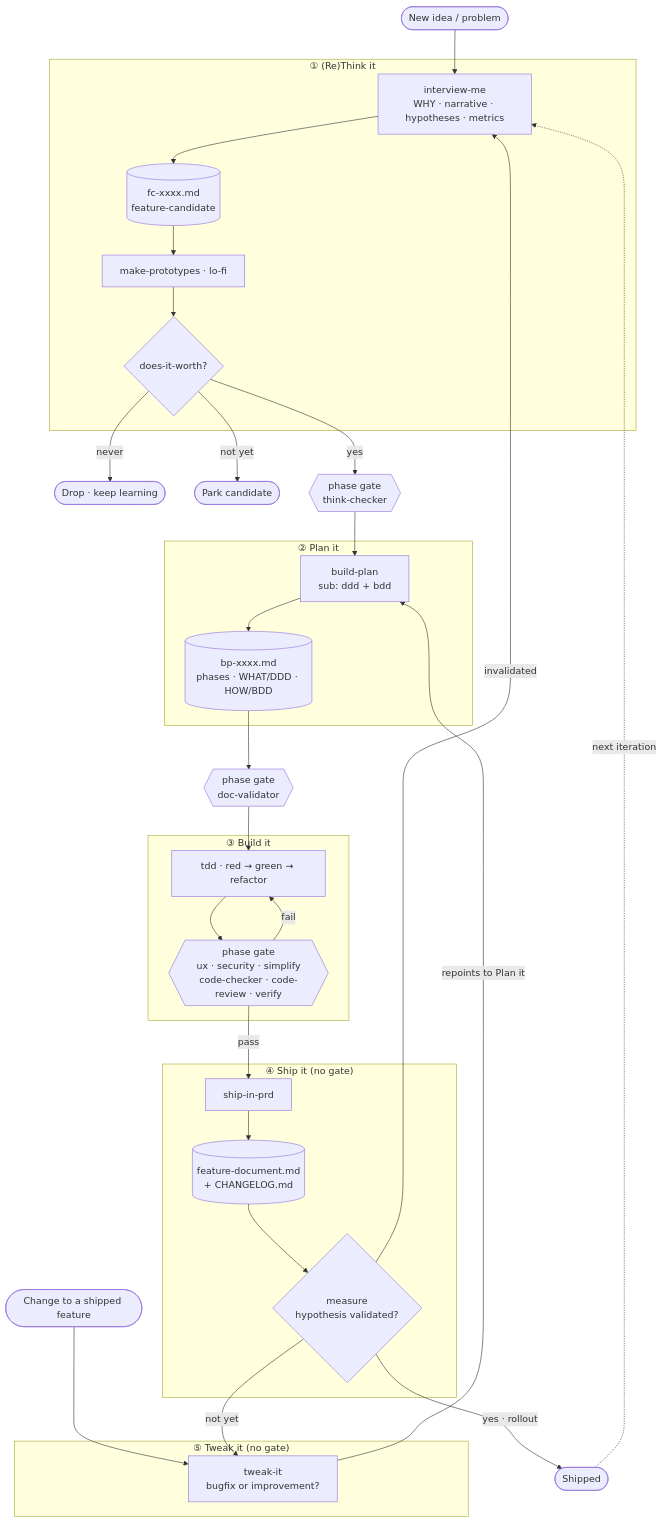
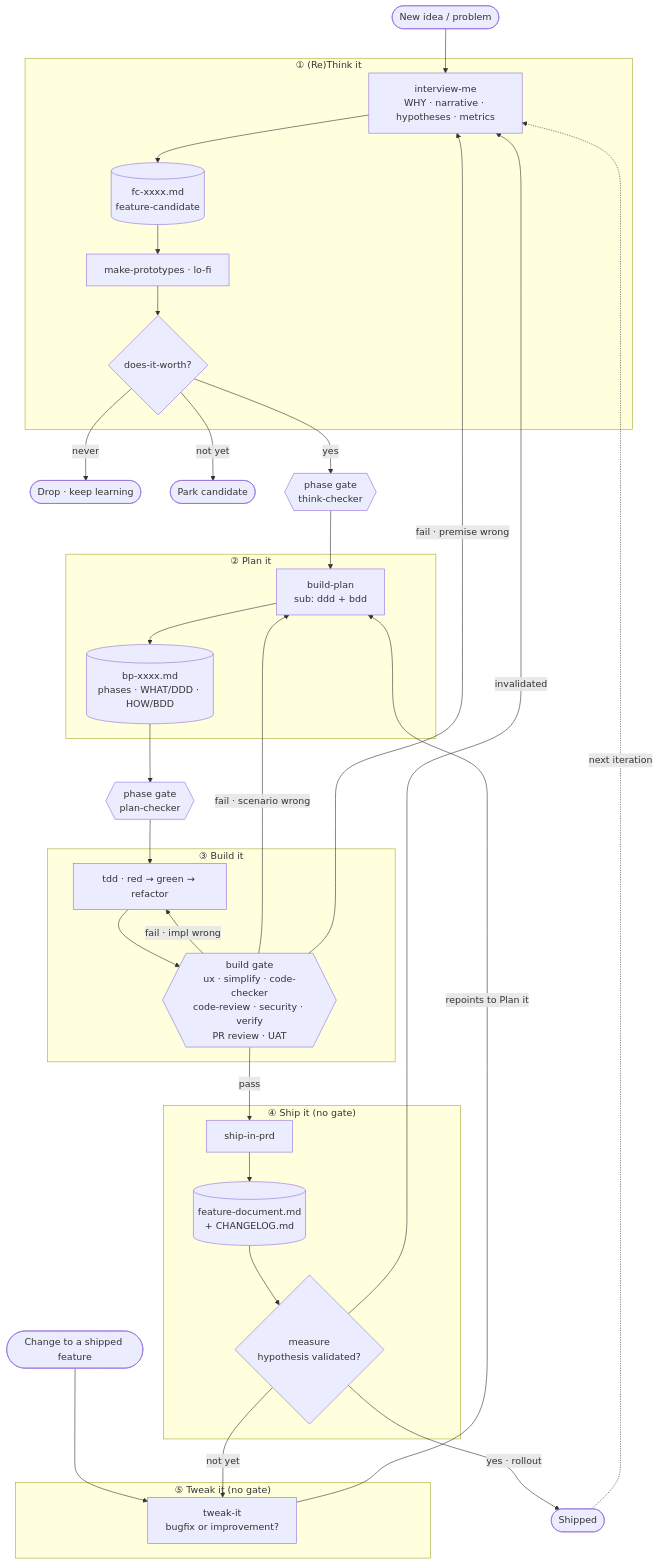
Before and after one commit to giovannibeltrame/buildloop: the diagram in _brainstorm.md, drawn with Mermaid. The commit also changed other lines of this file, not shown here.

````diff
--- a/_brainstorm.md
+++ b/_brainstorm.md
@@ -42,46 +50,48 @@
 ```mermaid
 flowchart TD
     NEW([New idea / problem]) --> IM
     CHG([Change to a shipped feature]) --> TI
 
     subgraph RT["① (Re)Think it"]
         IM[interview-me<br/>WHY · narrative · hypotheses · metrics] --> FC[(fc-xxxx.md<br/>feature-candidate)]
         FC --> MP[make-prototypes · lo-fi]
         MP --> DIW{does-it-worth?}
     end
 
     DIW -->|never| DROP([Drop · keep learning])
     DIW -->|not yet| PARK([Park candidate])
     DIW -->|yes| TKC{{phase gate<br/>think-checker}}
 
     TKC --> BPL
 
     subgraph PL["② Plan it"]
         BPL[build-plan<br/>sub: ddd + bdd] --> BP[(bp-xxxx.md<br/>phases · WHAT/DDD · HOW/BDD)]
     end
 
-    BP --> PLC{{phase gate<br/>doc-validator}}
+    BP --> PLC{{phase gate<br/>plan-checker}}
     PLC --> TDD
 
     subgraph BT["③ Build it"]
-        TDD[tdd · red → green → refactor] --> BG{{phase gate<br/>ux · security · simplify<br/>code-checker · code-review · verify}}
-        BG -->|fail| TDD
+        TDD[tdd · red → green → refactor] --> BG{{build gate<br/>ux · simplify · code-checker<br/>code-review · security · verify<br/>PR review · UAT}}
+        BG -->|fail · impl wrong| TDD
     end
 
+    BG -->|fail · scenario wrong| BPL
+    BG -->|fail · premise wrong| IM
     BG -->|pass| BIP
 
     subgraph SH["④ Ship it (no gate)"]
         BIP[ship-in-prd] --> FD[(feature-document.md<br/>+ CHANGELOG.md)]
         FD --> MEAS{measure<br/>hypothesis validated?}
     end
 
     MEAS -->|yes · rollout| DONE([Shipped])
     MEAS -->|not yet| TI
     MEAS -->|invalidated| IM
 
     subgraph TW["⑤ Tweak it (no gate)"]
         TI[tweak-it<br/>bugfix or improvement?]
     end
     TI -->|repoints to Plan it| BPL
     DONE -.next iteration.-> IM
 ```
````
